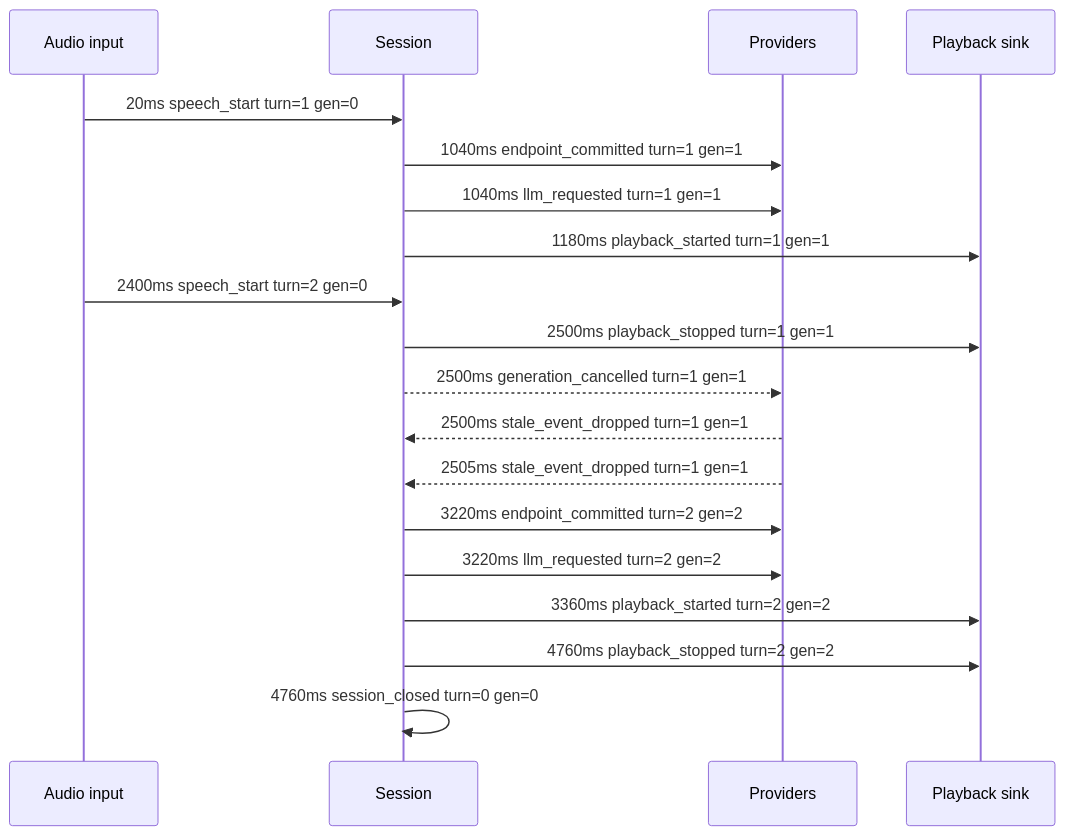
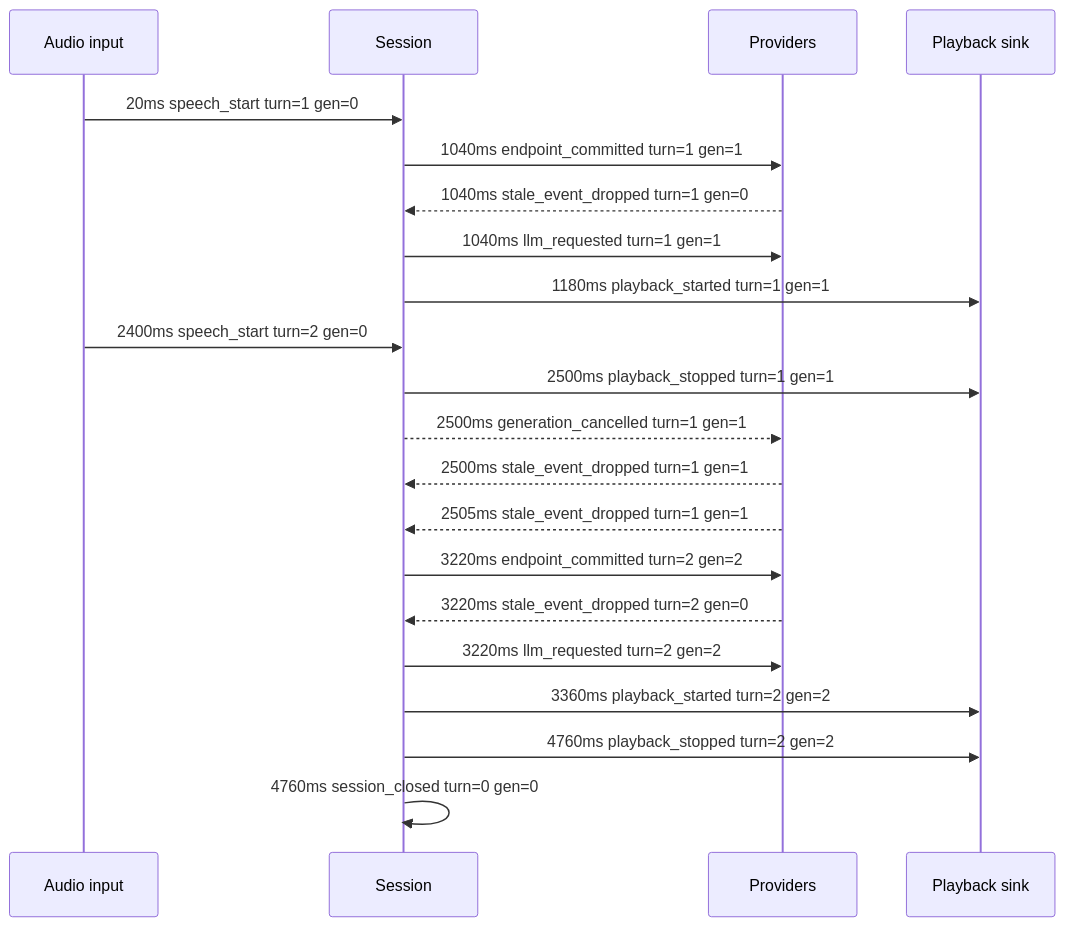
The diagram in sample-output/sequence.md (SihanTeng/voice-runtime), drawn with Mermaid before and after one commit. The commit also changed other lines of this file and 49 other files, not shown here.

````diff
--- a/sample-output/sequence.md
+++ b/sample-output/sequence.md
@@ -3,21 +3,23 @@
 ```mermaid
 sequenceDiagram
     participant U as Audio input
     participant R as Session
     participant P as Providers
     participant S as Playback sink
     U->>R: 20ms speech_start turn=1 gen=0
     R->>P: 1040ms endpoint_committed turn=1 gen=1
+    P-->>R: 1040ms stale_event_dropped turn=1 gen=0
     R->>P: 1040ms llm_requested turn=1 gen=1
     R->>S: 1180ms playback_started turn=1 gen=1
     U->>R: 2400ms speech_start turn=2 gen=0
     R->>S: 2500ms playback_stopped turn=1 gen=1
     R-->>P: 2500ms generation_cancelled turn=1 gen=1
     P-->>R: 2500ms stale_event_dropped turn=1 gen=1
     P-->>R: 2505ms stale_event_dropped turn=1 gen=1
     R->>P: 3220ms endpoint_committed turn=2 gen=2
+    P-->>R: 3220ms stale_event_dropped turn=2 gen=0
     R->>P: 3220ms llm_requested turn=2 gen=2
     R->>S: 3360ms playback_started turn=2 gen=2
     R->>S: 4760ms playback_stopped turn=2 gen=2
     R->>R: 4760ms session_closed turn=0 gen=0
 ```
````
